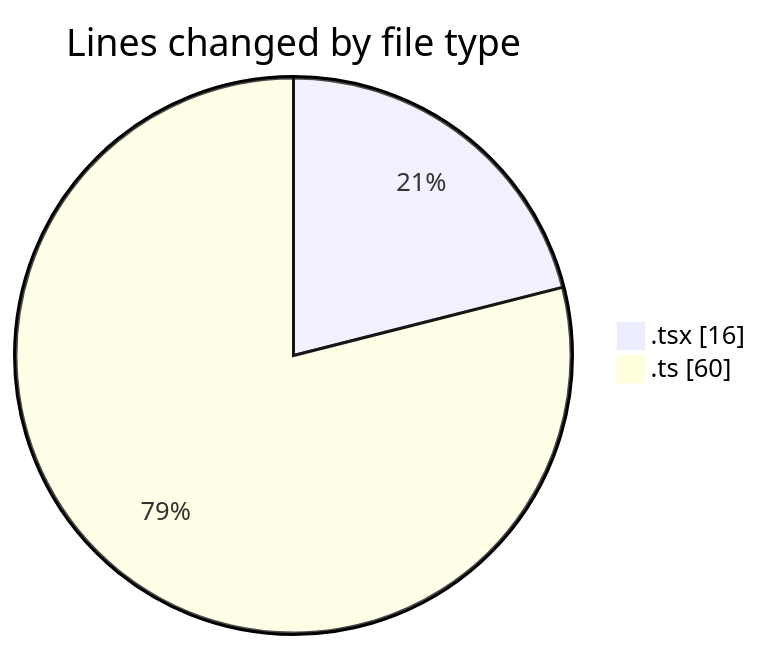
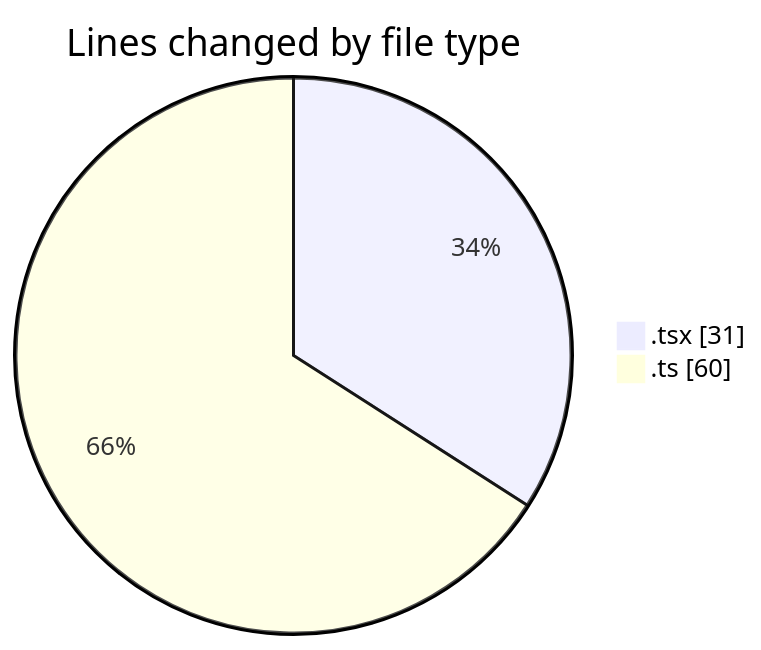
One commit to momahboobian/code-tracking changed the first of 2 diagrams in 2025-10-07/cda/README.md. Above: the diagram before and after it, drawn with Mermaid. The commit also changed other lines of this file and 1 other file, not shown here.

````diff
--- a/2025-10-07/cda/README.md
+++ b/2025-10-07/cda/README.md
@@ -22,6 +22,6 @@
 ```mermaid
 pie showData
 title Lines changed by file type
-".tsx" : 16
+".tsx" : 31
 ".ts" : 60
 ```
````
